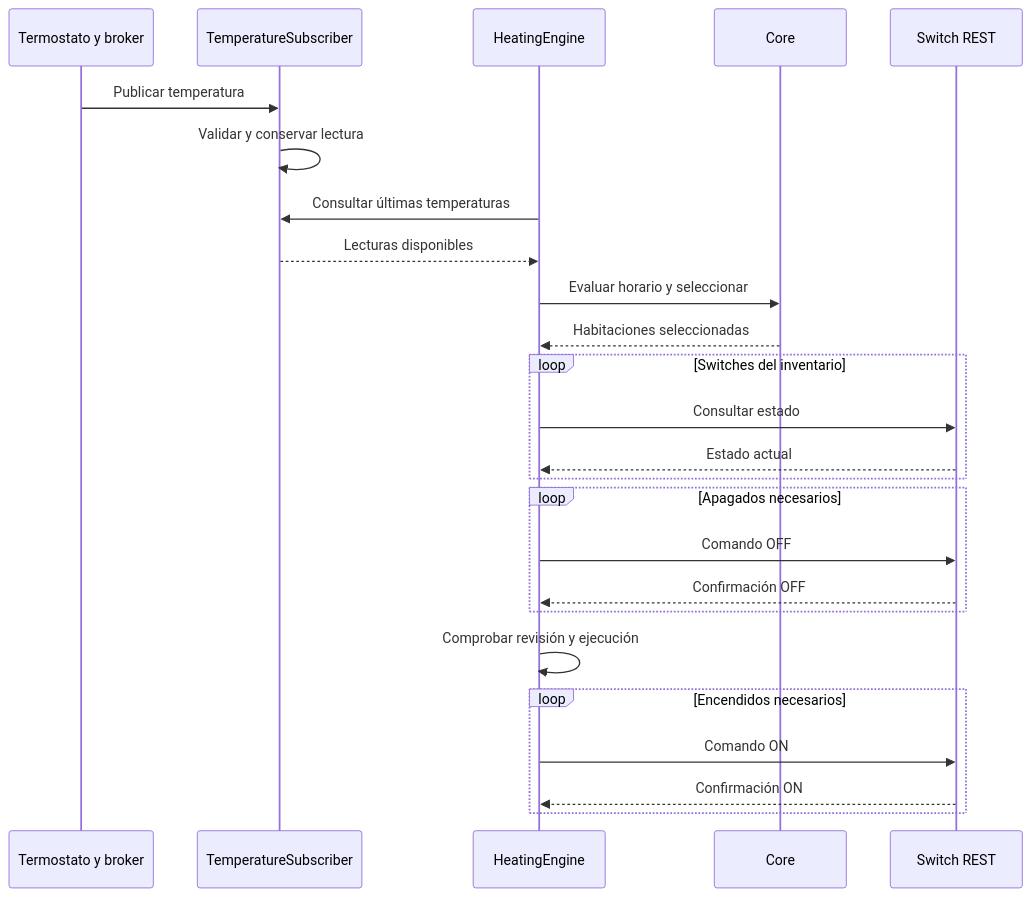
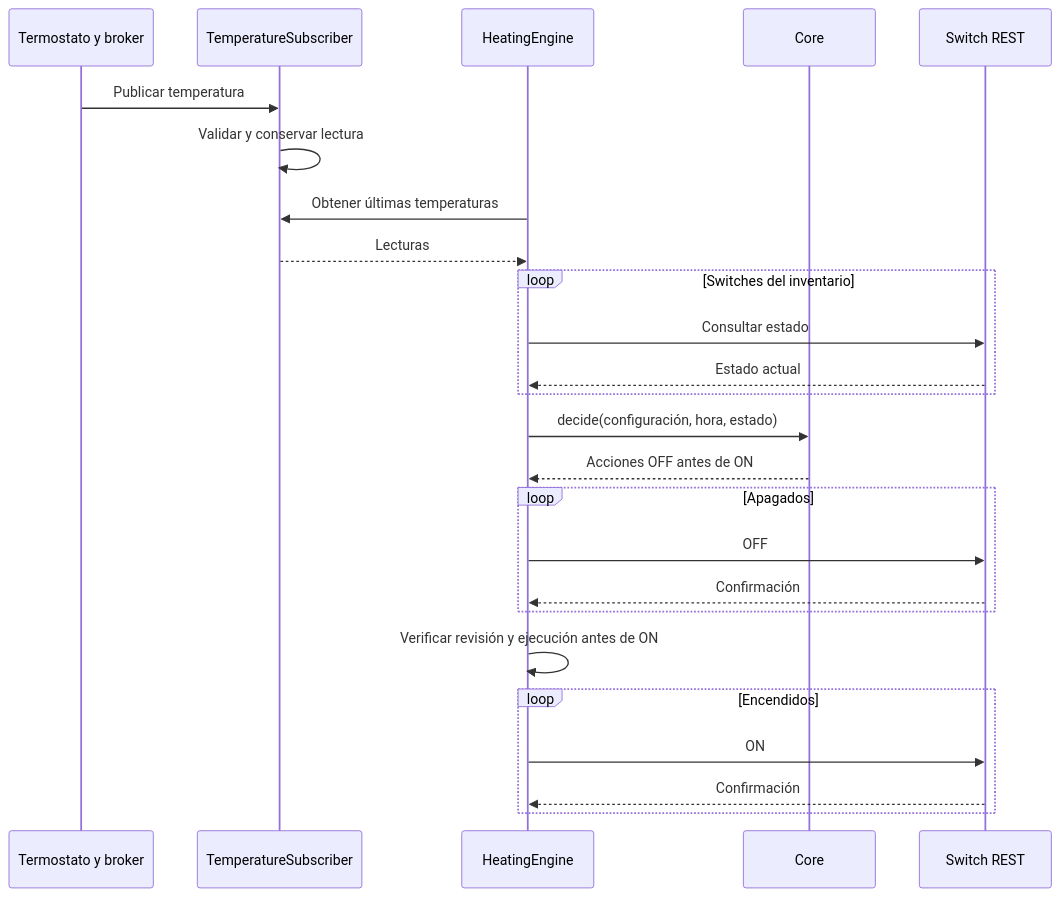
Before and after one commit to BreanCasas/iiss-2026-grupo-1: the third of 3 diagrams in docs/arquitectura/4mas1.md, drawn with Mermaid. The commit also changed other lines of this file and 13 other files, not shown here.

````diff
--- a/docs/arquitectura/4mas1.md
+++ b/docs/arquitectura/4mas1.md
@@ -232,33 +194,34 @@
 ```mermaid
 sequenceDiagram
     participant T as Termostato y broker
     participant S as TemperatureSubscriber
     participant E as HeatingEngine
     participant C as Core
     participant W as Switch REST
 
     T->>S: Publicar temperatura
     S->>S: Validar y conservar lectura
 
-    E->>S: Consultar últimas temperaturas
-    S-->>E: Lecturas disponibles
-    E->>C: Evaluar horario y seleccionar
-    C-->>E: Habitaciones seleccionadas
+    E->>S: Obtener últimas temperaturas
+    S-->>E: Lecturas
 
     loop Switches del inventario
         E->>W: Consultar estado
         W-->>E: Estado actual
     end
 
-    loop Apagados necesarios
-        E->>W: Comando OFF
-        W-->>E: Confirmación OFF
+    E->>C: decide(configuración, hora, estado)
+    C-->>E: Acciones OFF antes de ON
+
+    loop Apagados
+        E->>W: OFF
+        W-->>E: Confirmación
     end
 
-    E->>E: Comprobar revisión y ejecución
+    E->>E: Verificar revisión y ejecución antes de ON
 
-    loop Encendidos necesarios
-        E->>W: Comando ON
-        W-->>E: Confirmación ON
+    loop Encendidos
+        E->>W: ON
+        W-->>E: Confirmación
     end
 ```
````
